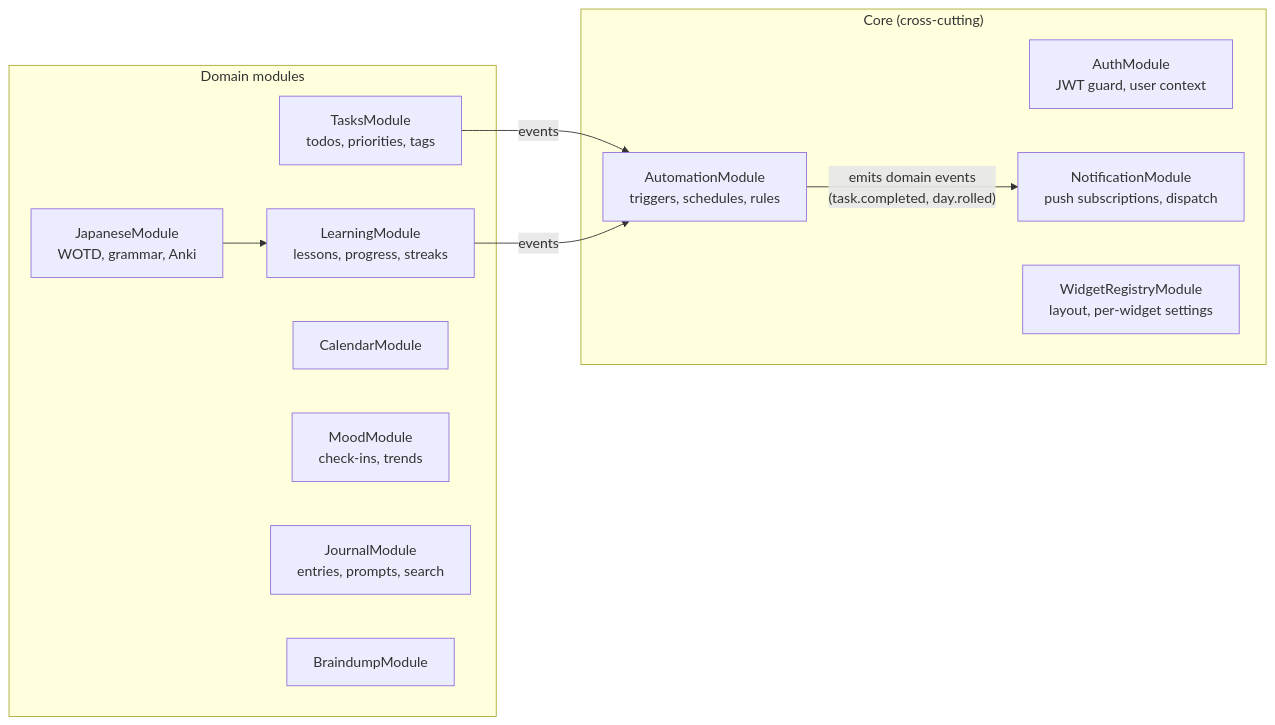
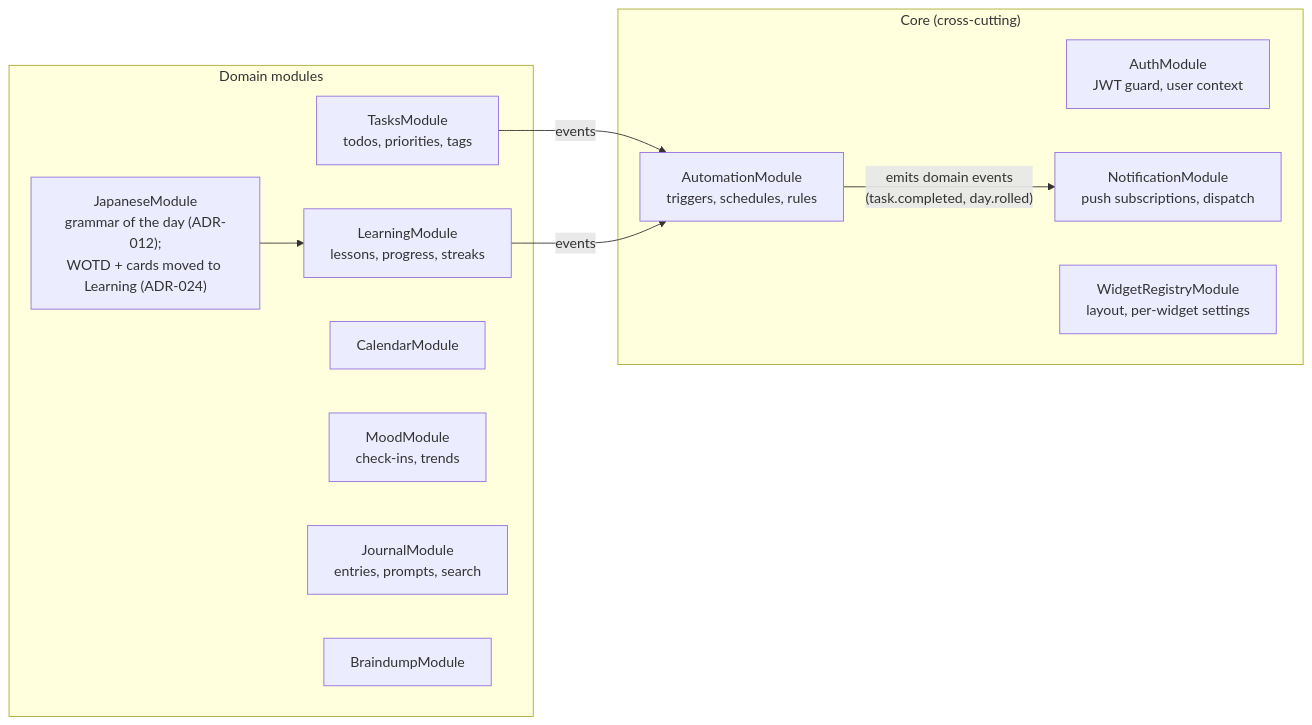
Before and after one commit to Auua/command-center: the third of 6 diagrams in docs/ARD.md, drawn with Mermaid. The commit also changed other lines of this file and 3 other files, not shown here.

First line of the commit message:
Docs: accept ADR-026 Anki sync + apply the owed ARD rewrite — AnkiConnect retired

````diff
--- a/docs/ARD.md
+++ b/docs/ARD.md
@@ -149,24 +152,24 @@
 ```mermaid
 flowchart LR
     subgraph core ["Core (cross-cutting)"]
         auth["AuthModule<br/>JWT guard, user context"]
         notif["NotificationModule<br/>push subscriptions, dispatch"]
         sched["AutomationModule<br/>triggers, schedules, rules"]
         widgets["WidgetRegistryModule<br/>layout, per-widget settings"]
     end
 
     subgraph domains ["Domain modules"]
         learn["LearningModule<br/>lessons, progress, streaks"]
-        jp["JapaneseModule<br/>WOTD, grammar, Anki"]
+        jp["JapaneseModule<br/>grammar of the day (ADR-012);<br/>WOTD + cards moved to Learning (ADR-024)"]
         tasks["TasksModule<br/>todos, priorities, tags"]
         cal["CalendarModule"]
         mood["MoodModule<br/>check-ins, trends"]
         journal["JournalModule<br/>entries, prompts, search"]
         brain["BraindumpModule"]
     end
 
     sched -->|"emits domain events<br/>(task.completed, day.rolled)"| notif
     tasks -->|events| sched
     learn -->|events| sched
     jp --> learn
 ```
````
